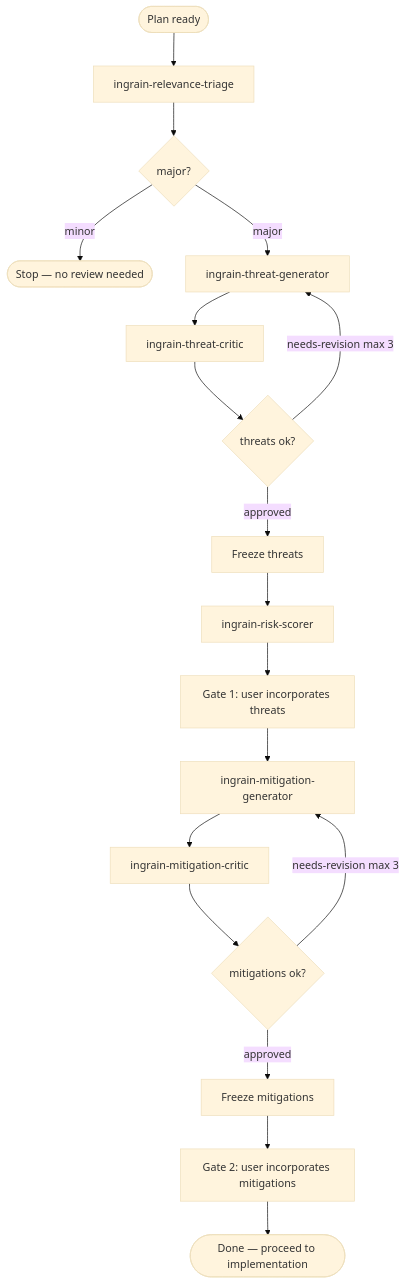
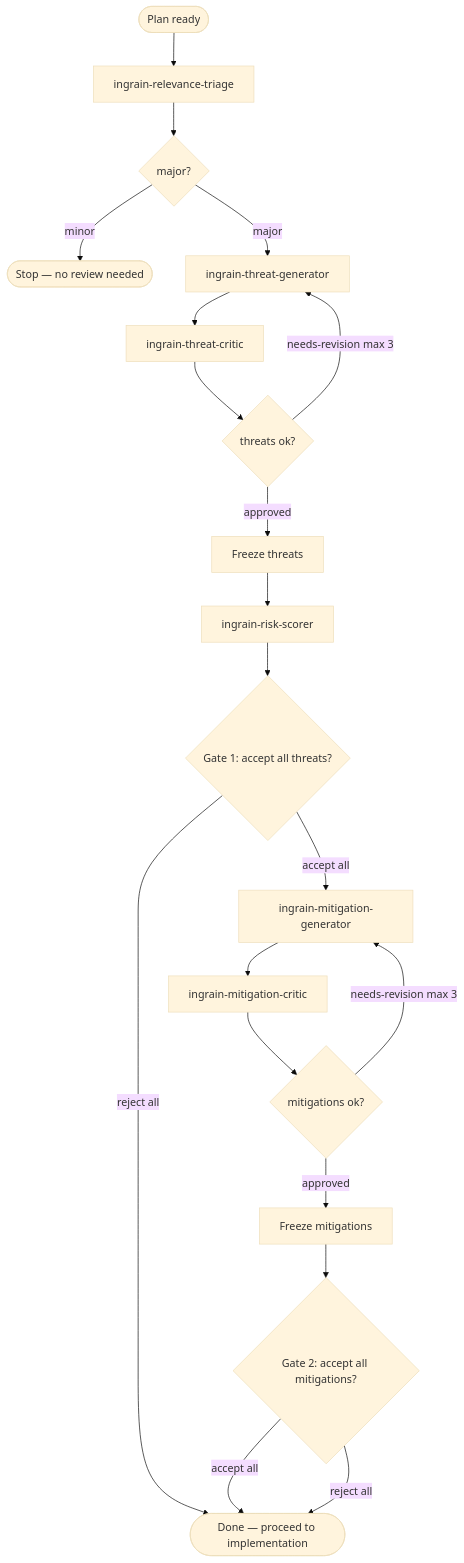
One commit to ingrainlabs/ingrain-security changed the diagram in skills/ingrain-security/SKILL.md. Above: the diagram before and after it, drawn with Mermaid (base theme). The commit also changed other lines of this file and 3 other files, not shown here.

````diff
--- a/skills/ingrain-security/SKILL.md
+++ b/skills/ingrain-security/SKILL.md
@@ -84,24 +87,26 @@
 ```mermaid
 flowchart TD
     planReady([Plan ready]) --> triage[ingrain-relevance-triage]
     triage --> majorQ{major?}
     majorQ -->|minor| stop([Stop — no review needed])
     majorQ -->|major| threatGen[ingrain-threat-generator]
 
     threatGen --> threatCritic[ingrain-threat-critic]
     threatCritic --> threatsOk{threats ok?}
     threatsOk -->|needs-revision max 3| threatGen
     threatsOk -->|approved| freezeThreats[Freeze threats]
 
     freezeThreats --> riskScorer[ingrain-risk-scorer]
-    riskScorer --> gate1[Gate 1: user incorporates threats]
-    gate1 --> mitGen[ingrain-mitigation-generator]
+    riskScorer --> gate1{Gate 1: accept all threats?}
+    gate1 -->|reject all| done([Done — proceed to implementation])
+    gate1 -->|accept all| mitGen[ingrain-mitigation-generator]
 
     mitGen --> mitCritic[ingrain-mitigation-critic]
     mitCritic --> mitsOk{mitigations ok?}
     mitsOk -->|needs-revision max 3| mitGen
     mitsOk -->|approved| freezeMits[Freeze mitigations]
 
-    freezeMits --> gate2[Gate 2: user incorporates mitigations]
-    gate2 --> done([Done — proceed to implementation])
+    freezeMits --> gate2{Gate 2: accept all mitigations?}
+    gate2 -->|accept all| done
+    gate2 -->|reject all| done
 ```
````
